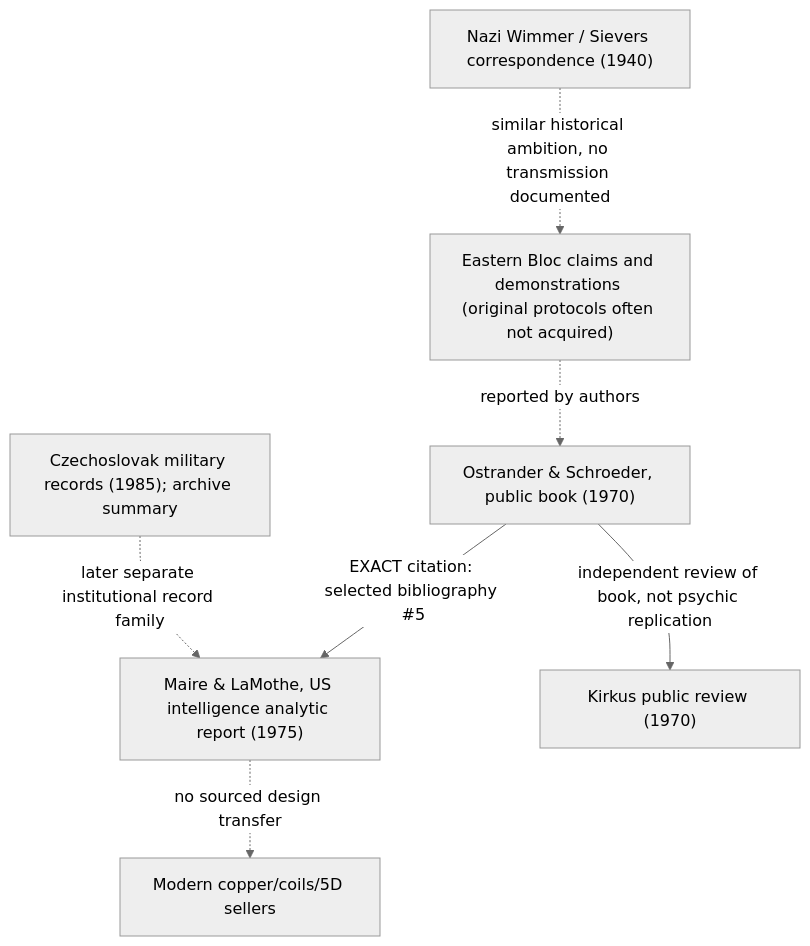
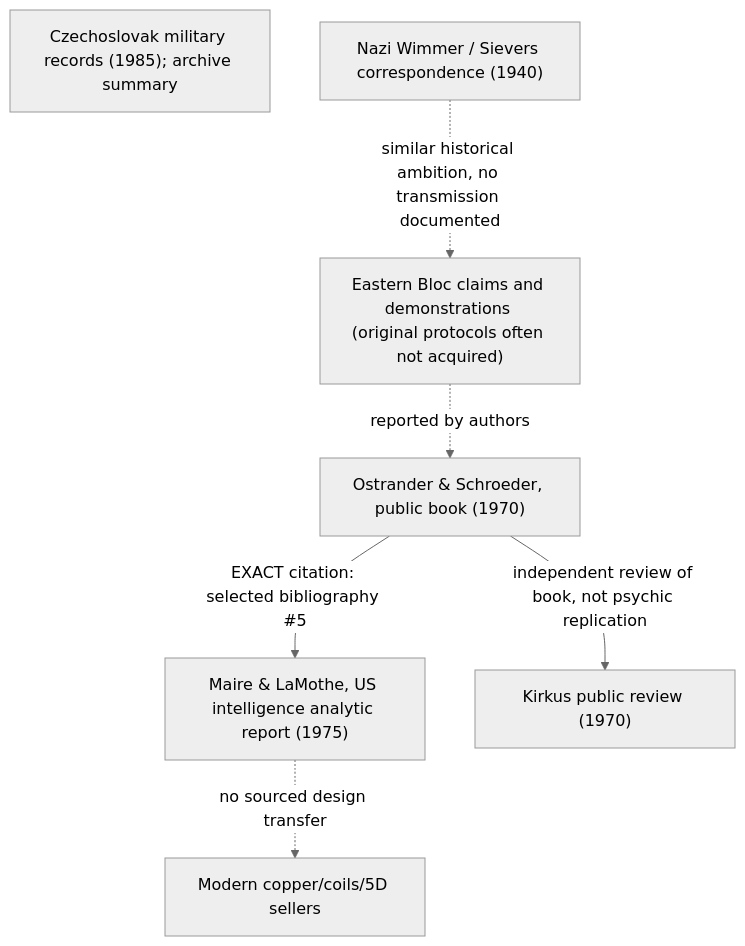
The diagram in docs/research/psychotronics-cold-war-transmission-maxcut-20261024.md (chboishabba/dashi_agda), drawn with Mermaid (neutral theme) before and after one commit. The commit also changed other lines of this file, not shown here.

Commit message:
Remove an impossible 1985-to-1975 graph edge rather than relying on a disclaimer

````diff
--- a/docs/research/psychotronics-cold-war-transmission-maxcut-20261024.md
+++ b/docs/research/psychotronics-cold-war-transmission-maxcut-20261024.md
@@ -29,17 +29,16 @@
 ```mermaid
 flowchart TD
   A["Eastern Bloc claims and demonstrations (original protocols often not acquired)"]
   B["Ostrander & Schroeder, public book (1970)"]
   C["Maire & LaMothe, US intelligence analytic report (1975)"]
   D["Kirkus public review (1970)"]
   E["Czechoslovak military records (1985); archive summary"]
   F["Nazi Wimmer / Sievers correspondence (1940)"]
   G["Modern copper/coils/5D sellers"]
 
   A -. reported by authors .-> B
   B -->|"EXACT citation: selected bibliography #5"| C
   B -->|"independent review of book, not psychic replication"| D
-  E -. "later separate institutional record family" .-> C
   F -. "similar historical ambition, no transmission documented" .-> A
   C -. "no sourced design transfer" .-> G
 ```
````
